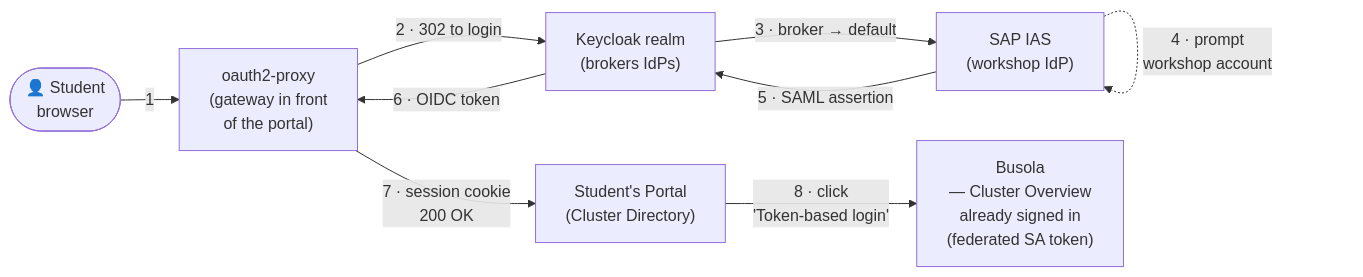
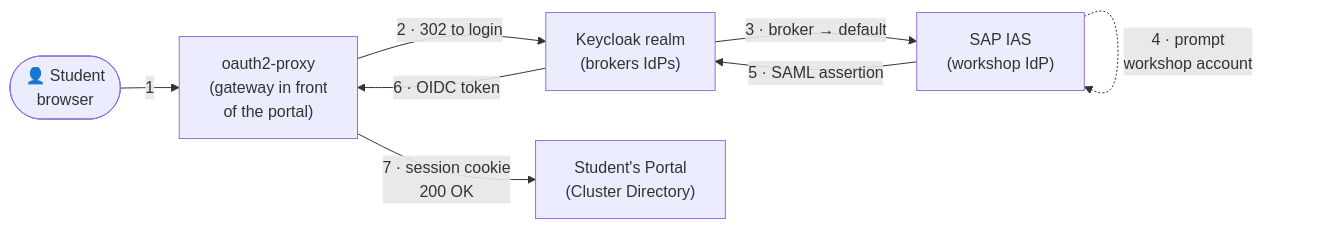
One commit to SAP-samples/teched2026-XP266 changed the first of 4 diagrams in exercises/ex0/README.md. Above: the diagram before and after it, drawn with Mermaid. The commit also changed other lines of this file, not shown here.

First line of the commit message:
docs(ex0): expand sign-in collapsible with the hub-and-spokes federation diagram

````diff
--- a/exercises/ex0/README.md
+++ b/exercises/ex0/README.md
@@ -70,12 +72,11 @@
 ```mermaid
 flowchart LR
     user(["👤 Student<br/>browser"])
     user -->|1| op["oauth2-proxy<br/>(gateway in front<br/>of the portal)"]
     op -->|2 · 302 to login| kc["Keycloak realm<br/>(brokers IdPs)"]
     kc -->|3 · broker → default| ias["SAP IAS<br/>(workshop IdP)"]
     ias -.->|4 · prompt<br/>workshop account| ias
     ias -->|5 · SAML assertion| kc
     kc -->|6 · OIDC token| op
     op -->|7 · session cookie<br/>200 OK| portal["Student's Portal<br/>(Cluster Directory)"]
-    portal -->|8 · click<br/>'Token-based login'| busola["Busola<br/>— Cluster Overview<br/>already signed in<br/>(federated SA token)"]
 ```
````
